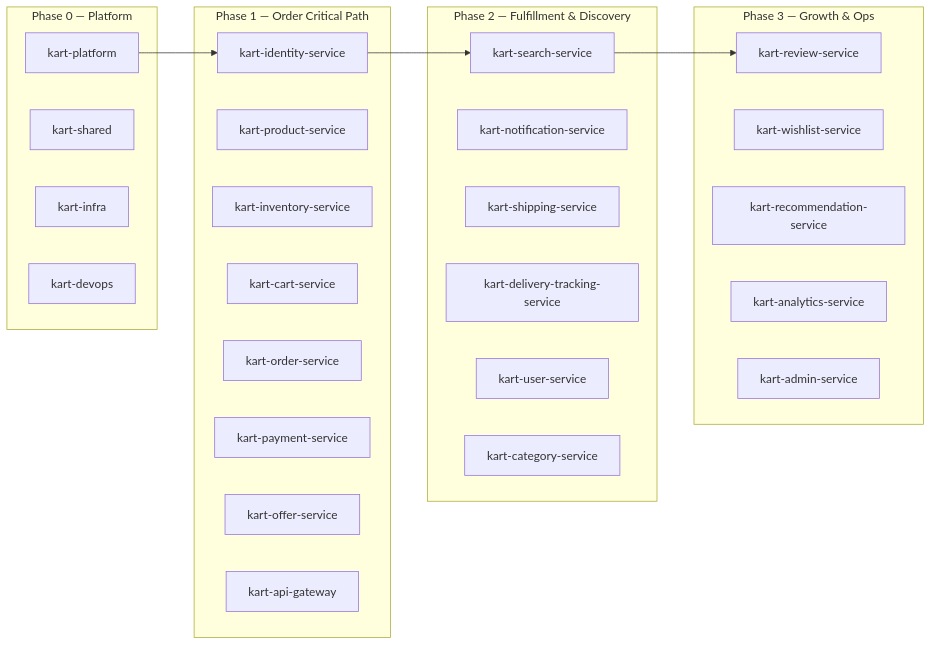
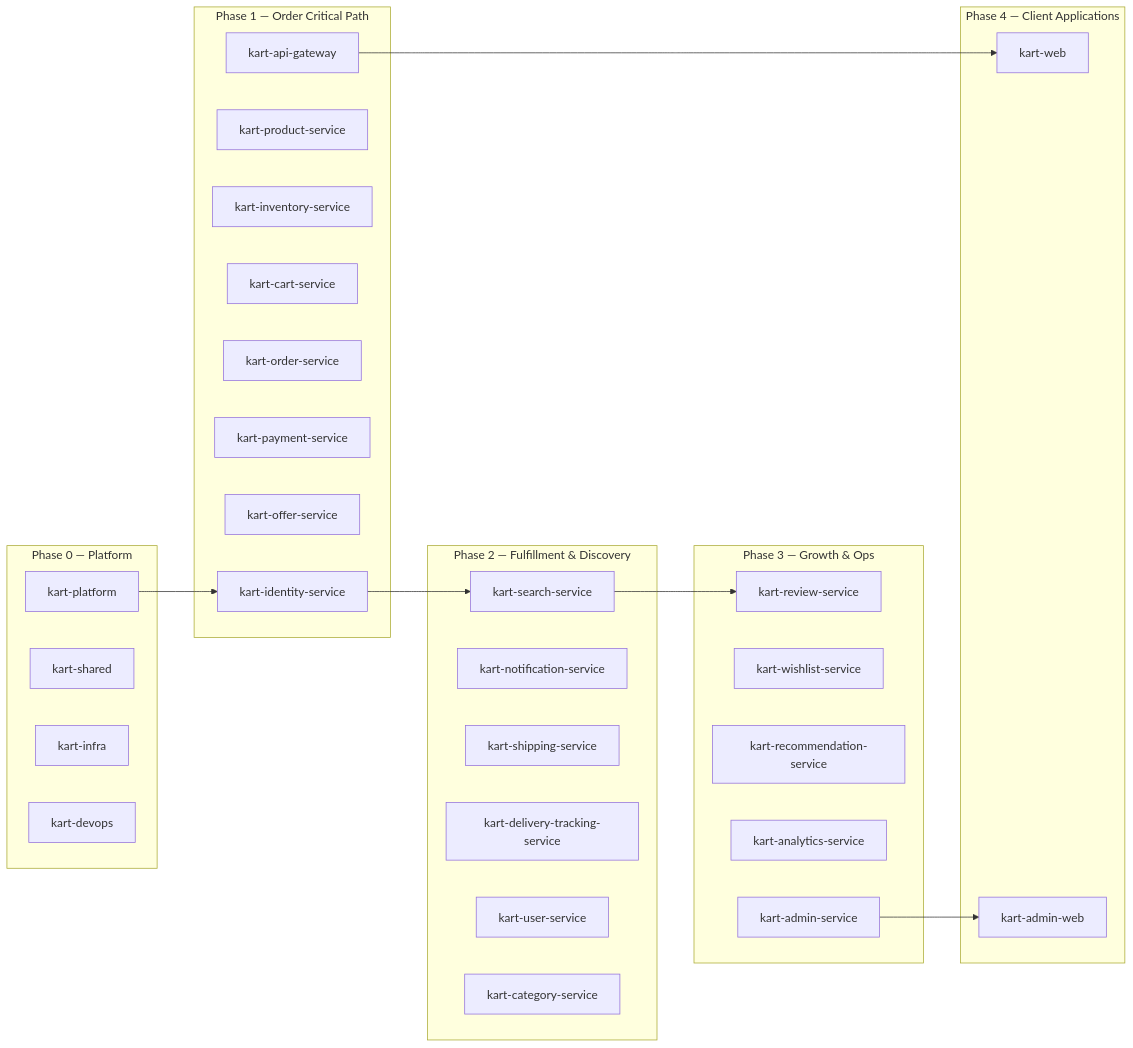
One commit to kart-commerce/kart-platform changed the second of 13 diagrams in docs/PLATFORM_BLUEPRINT.md. Above: the diagram before and after it, drawn with Mermaid. The commit also changed other lines of this file and 11 other files, not shown here.

Commit message:
add kart client requirements

````diff
--- a/docs/PLATFORM_BLUEPRINT.md
+++ b/docs/PLATFORM_BLUEPRINT.md
@@ -117,37 +117,43 @@
 ```mermaid
 graph LR
     subgraph "Phase 0 — Platform"
         P0A[kart-platform]
         P0B[kart-shared]
         P0C[kart-infra]
         P0D[kart-devops]
     end
     subgraph "Phase 1 — Order Critical Path"
         P1A[kart-identity-service]
         P1B[kart-product-service]
         P1C[kart-inventory-service]
         P1D[kart-cart-service]
         P1E[kart-order-service]
         P1F[kart-payment-service]
         P1G[kart-offer-service]
         P1H[kart-api-gateway]
     end
     subgraph "Phase 2 — Fulfillment & Discovery"
         P2A[kart-search-service]
         P2B[kart-notification-service]
         P2C[kart-shipping-service]
         P2D[kart-delivery-tracking-service]
         P2E[kart-user-service]
         P2F[kart-category-service]
     end
     subgraph "Phase 3 — Growth & Ops"
         P3A[kart-review-service]
         P3B[kart-wishlist-service]
         P3C[kart-recommendation-service]
         P3D[kart-analytics-service]
         P3E[kart-admin-service]
     end
+    subgraph "Phase 4 — Client Applications"
+        P4A[kart-web]
+        P4B[kart-admin-web]
+    end
     P0A --> P1A
     P1A --> P2A
     P2A --> P3A
+    P1H --> P4A
+    P3E --> P4B
 ```
````
